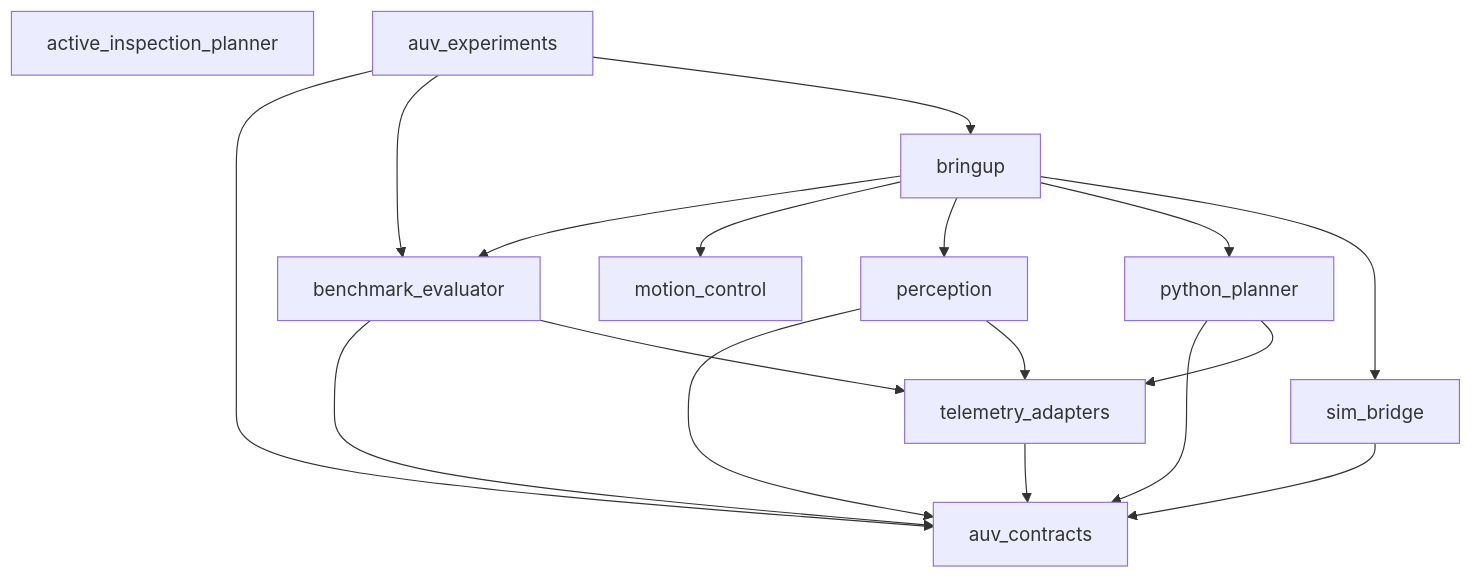
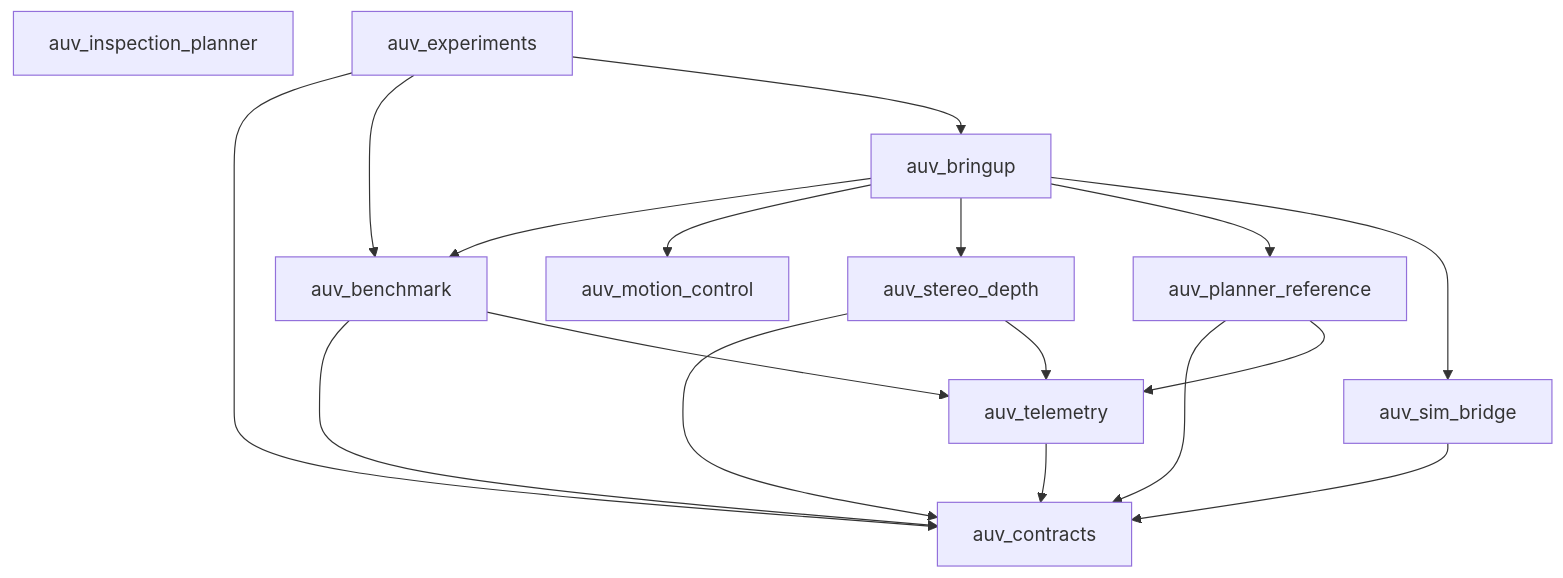
One commit to metinegearal/auv-nbv-inspection changed the diagram in src/docs/architecture/refactoring_topology.md. Above: the diagram before and after it, drawn with Mermaid. The commit also changed other lines of this file and 455 other files, not shown here.

````diff
--- a/src/docs/architecture/refactoring_topology.md
+++ b/src/docs/architecture/refactoring_topology.md
@@ -7,29 +7,29 @@
 ```mermaid
 graph TD
-    active_inspection_planner[active_inspection_planner]
+    auv_inspection_planner[auv_inspection_planner]
     auv_contracts[auv_contracts]
     auv_experiments[auv_experiments]
-    benchmark_evaluator[benchmark_evaluator]
-    bringup[bringup]
-    motion_control[motion_control]
-    perception[perception]
-    python_planner[python_planner]
-    sim_bridge[sim_bridge]
-    telemetry_adapters[telemetry_adapters]
+    auv_benchmark[auv_benchmark]
+    auv_bringup[auv_bringup]
+    auv_motion_control[auv_motion_control]
+    auv_stereo_depth[auv_stereo_depth]
+    auv_planner_reference[auv_planner_reference]
+    auv_sim_bridge[auv_sim_bridge]
+    auv_telemetry[auv_telemetry]
     auv_experiments --> auv_contracts
-    auv_experiments --> benchmark_evaluator
-    auv_experiments --> bringup
-    benchmark_evaluator --> auv_contracts
-    benchmark_evaluator --> telemetry_adapters
-    bringup --> benchmark_evaluator
-    bringup --> motion_control
-    bringup --> perception
-    bringup --> python_planner
-    bringup --> sim_bridge
-    perception --> auv_contracts
-    perception --> telemetry_adapters
-    python_planner --> auv_contracts
-    python_planner --> telemetry_adapters
-    sim_bridge --> auv_contracts
-    telemetry_adapters --> auv_contracts
+    auv_experiments --> auv_benchmark
+    auv_experiments --> auv_bringup
+    auv_benchmark --> auv_contracts
+    auv_benchmark --> auv_telemetry
+    auv_bringup --> auv_benchmark
+    auv_bringup --> auv_motion_control
+    auv_bringup --> auv_stereo_depth
+    auv_bringup --> auv_planner_reference
+    auv_bringup --> auv_sim_bridge
+    auv_stereo_depth --> auv_contracts
+    auv_stereo_depth --> auv_telemetry
+    auv_planner_reference --> auv_contracts
+    auv_planner_reference --> auv_telemetry
+    auv_sim_bridge --> auv_contracts
+    auv_telemetry --> auv_contracts
 ```
````
